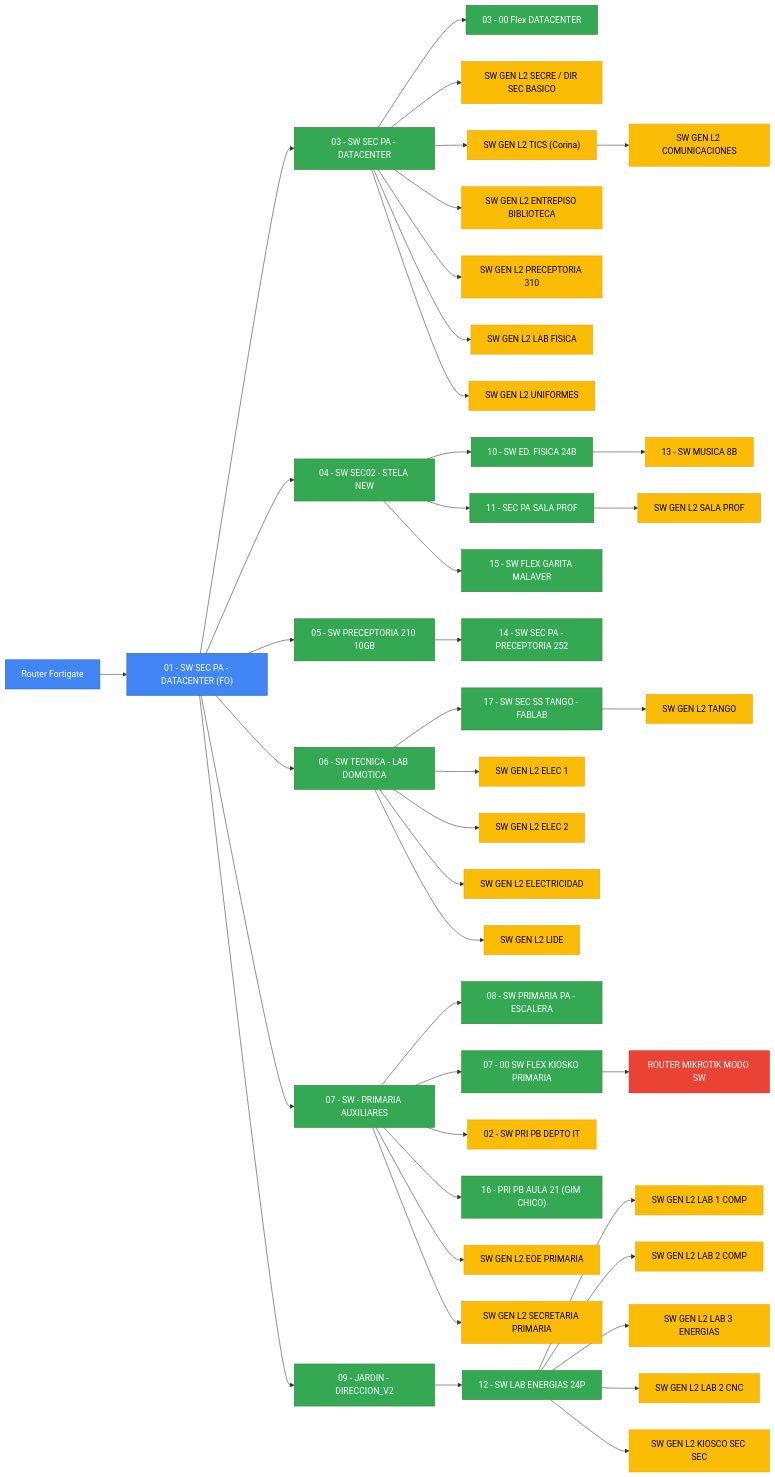
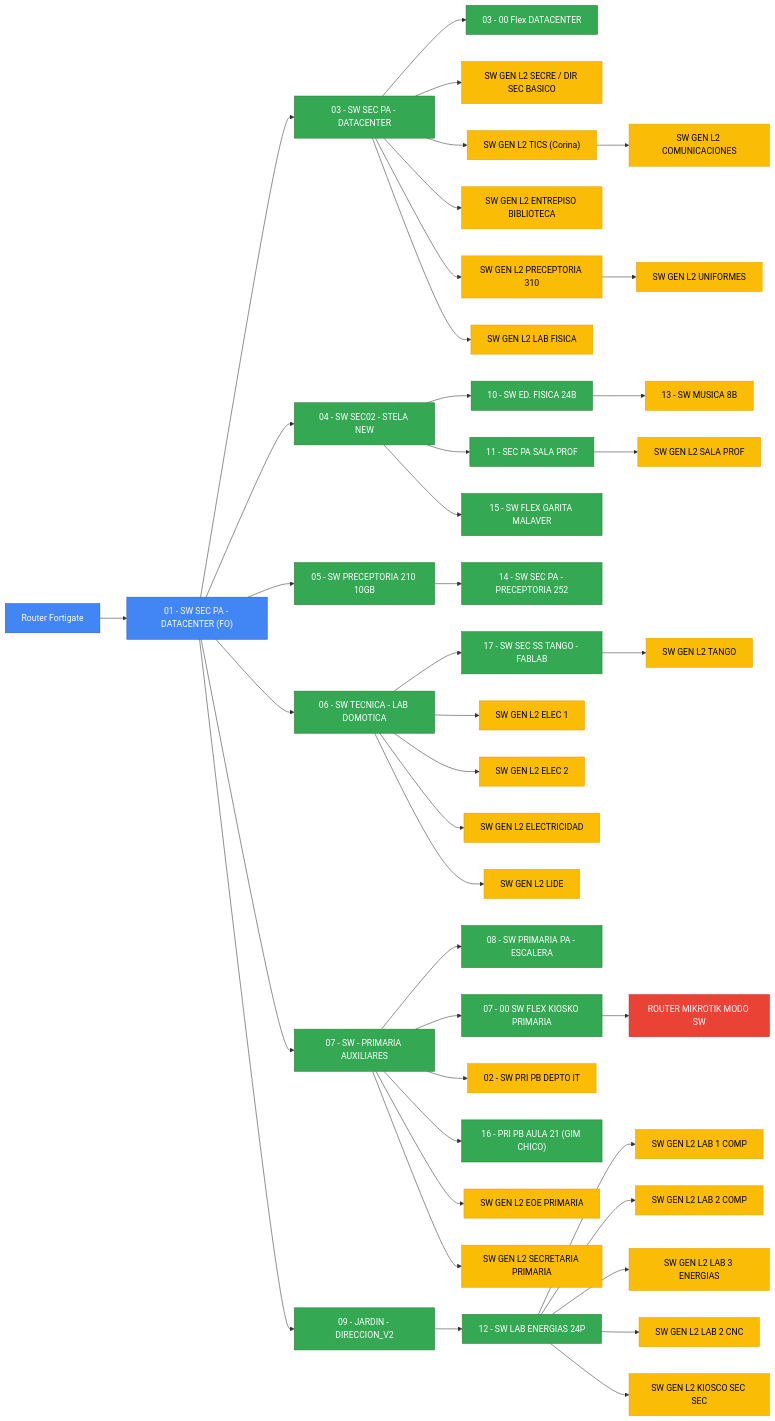
The diagram in README.md (carlostcba/Topologia-LSF), drawn with Mermaid before and after one commit.

````diff
--- a/README.md
+++ b/README.md
@@ -2,58 +2,58 @@
 ```mermaid
 flowchart LR
     classDef core fill:#4285F4,stroke:#2A56C6,color:white;
     classDef distribucion fill:#34A853,stroke:#2E7D32,color:white;
     classDef acceso fill:#FBBC05,stroke:#E8A203,color:black;
     classDef especial fill:#EA4335,stroke:#C62828,color:white;
 
     RF[Router Fortigate] --> C01["01 - SW SEC PA - DATACENTER (FO)"]
     C01 --> S03["03 - SW SEC PA - DATACENTER"]
     S03 --> F03["03 - 00 Flex DATACENTER"]
     S03 --> S031["SW GEN L2 SECRE / DIR SEC BASICO"]
     S03 --> S032["SW GEN L2 TICS (Corina)"]
     S032 --> S036["SW GEN L2 COMUNICACIONES"]
     S03 --> S033["SW GEN L2 ENTREPISO BIBLIOTECA"]
     S03 --> S034["SW GEN L2 PRECEPTORIA 310"]
+    S034 --> S037["SW GEN L2 UNIFORMES"]
     S03 --> S035["SW GEN L2 LAB FISICA"]
-    S03 --> S037["SW GEN L2 UNIFORMES"]
 
     C01 --> S04["04 - SW SEC02 - STELA NEW"]
     S04 --> E10["10 - SW ED. FISICA 24B"]
     E10 --> M13["13 - SW MUSICA 8B"]
     S04 --> P11["11 - SEC PA SALA PROF"]
     P11 --> SPROF["SW GEN L2 SALA PROF"]
     S04 --> FLEX2["15 - SW FLEX GARITA MALAVER"]
 
     C01 --> S05["05 - SW PRECEPTORIA 210 10GB"]
     S05 --> P14["14 - SW SEC PA - PRECEPTORIA 252"]
 
     C01 --> S06["06 - SW TECNICA - LAB DOMOTICA"]
     S06 --> T17["17 - SW SEC SS TANGO - FABLAB"]
     T17 --> TANGO["SW GEN L2 TANGO"]
     S06 --> ELEC1["SW GEN L2 ELEC 1"]
     S06 --> ELEC2["SW GEN L2 ELEC 2"]
     S06 --> ELEC3["SW GEN L2 ELECTRICIDAD"]
     S06 --> LIDE["SW GEN L2 LIDE"]
 
     C01 --> S07["07 - SW - PRIMARIA AUXILIARES"]
     S07 --> P08["08 - SW PRIMARIA PA - ESCALERA"]
     S07 --> K07["07 - 00 SW FLEX KIOSKO PRIMARIA"]
     K07 --> RMIK["ROUTER MIKROTIK MODO SW"]
     S07 --> D02["02 - SW PRI PB DEPTO IT"]
     S07 --> G16["16 - PRI PB AULA 21 (GIM CHICO)"]
     S07 --> EOE["SW GEN L2 EOE PRIMARIA"]
     S07 --> SPRI["SW GEN L2 SECRETARIA PRIMARIA"]
 
     C01 --> S09["09 - JARDIN - DIRECCION_V2"]
     S09 --> L12["12 - SW LAB ENERGIAS 24P"]
     L12 --> LC1["SW GEN L2 LAB 1 COMP"]
     L12 --> LC2["SW GEN L2 LAB 2 COMP"]
     L12 --> LE3["SW GEN L2 LAB 3 ENERGIAS"]
     L12 --> CNC["SW GEN L2 LAB 2 CNC"]
     L12 --> KSEC["SW GEN L2 KIOSCO SEC SEC"]
 
     class RF,C01 core;
     class S03,S04,S05,S06,S07,S09,F03,FLEX1,FLEX2,P11,E10,P14,T17,P08,K07,G16,L12 distribucion;
     class S031,S032,S033,S034,S035,S036,S037,,M13,SPROF,TANGO,ELEC1,ELEC2,ELEC3,LIDE,D02,EOE,SPRI,LC1,LC2,LE3,CNC,KSEC acceso;
     class RMIK especial;
 ```
````
